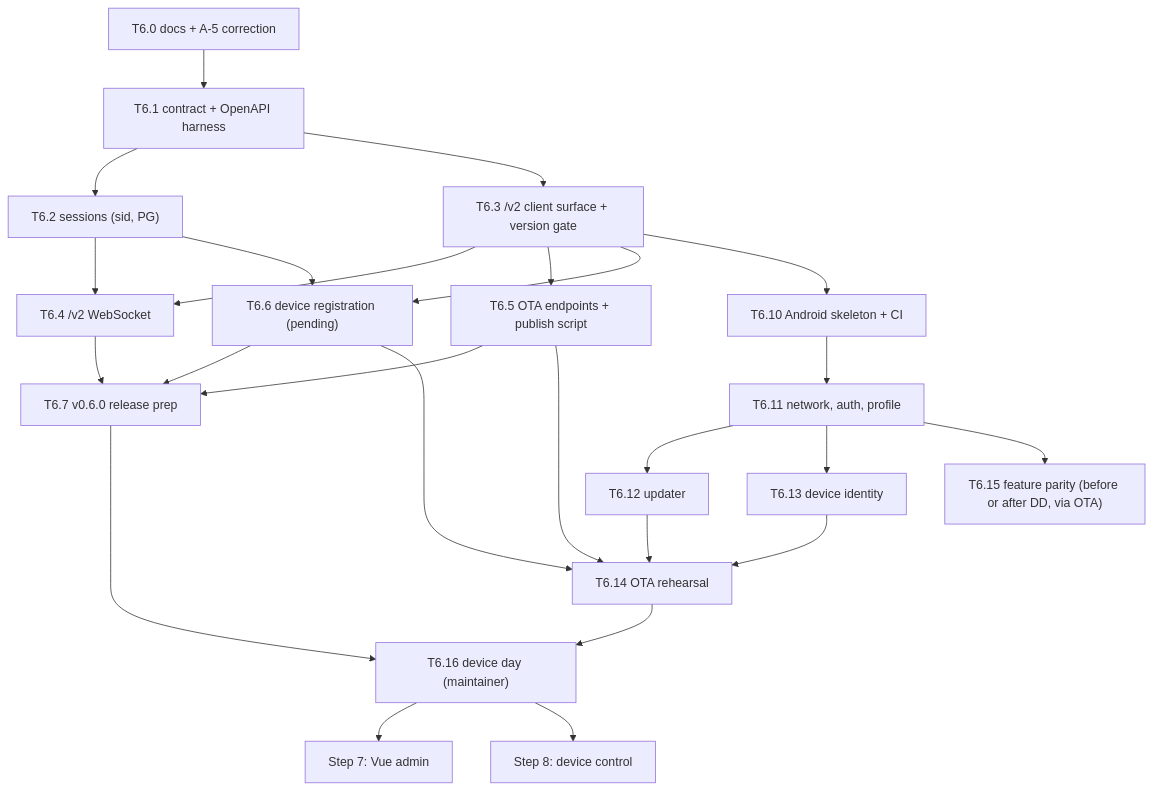
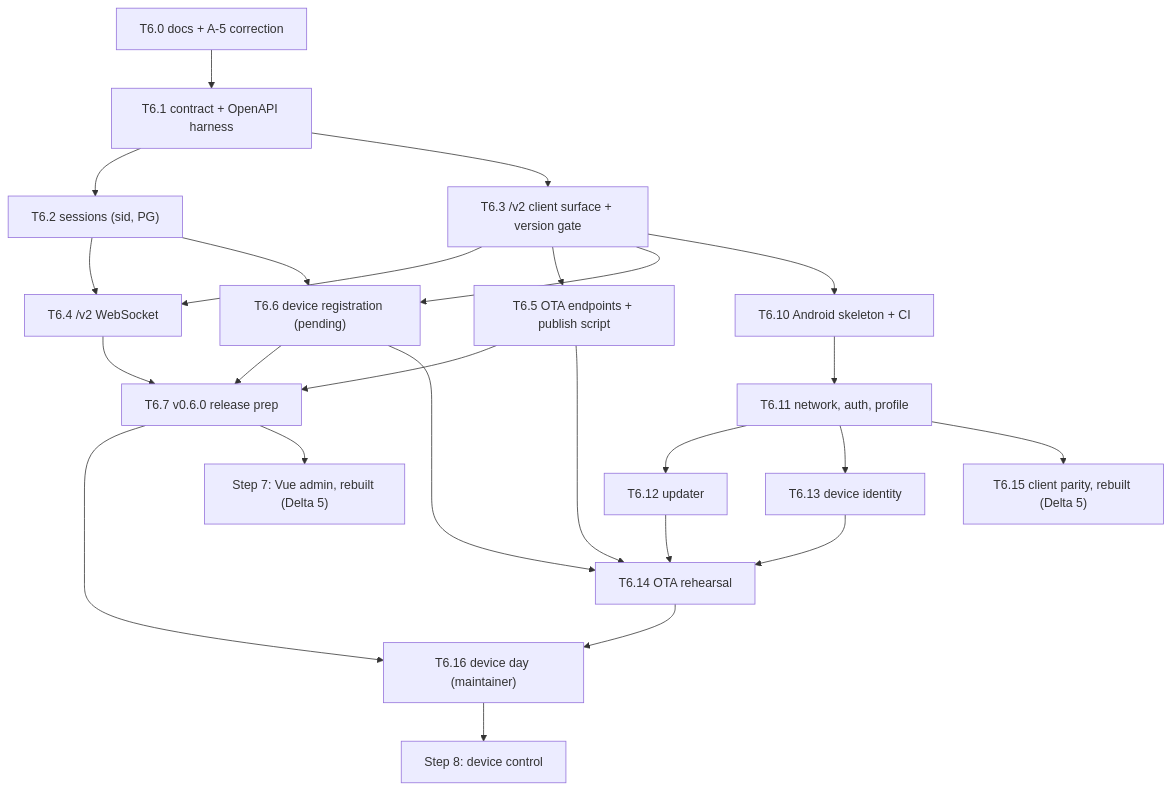
One commit to chsrisi/order-checker changed the second of 2 diagrams in docs/IMPLEMENTATION_PLAN.md. Above: the diagram before and after it, drawn with Mermaid. The commit also changed other lines of this file and 4 other files, not shown here.

Commit message:
docs: V2_DELTA Delta 5 (rebuild parity for better UX, device day postponed, one-device pilot); device-day checklist; plan and CLAUDE.md focus note

````diff
--- a/docs/IMPLEMENTATION_PLAN.md
+++ b/docs/IMPLEMENTATION_PLAN.md
@@ -563,27 +563,27 @@
 ```mermaid
 flowchart TD
   T60["T6.0 docs + A-5 correction"] --> T61["T6.1 contract + OpenAPI harness"]
   T61 --> T62["T6.2 sessions (sid, PG)"]
   T61 --> T63["T6.3 /v2 client surface + version gate"]
   T62 --> T64["T6.4 /v2 WebSocket"]
   T63 --> T64
   T63 --> T65["T6.5 OTA endpoints + publish script"]
   T62 --> T66["T6.6 device registration (pending)"]
   T63 --> T66
   T64 --> T67["T6.7 v0.6.0 release prep"]
   T65 --> T67
   T66 --> T67
   T63 --> T610["T6.10 Android skeleton + CI"]
   T610 --> T611["T6.11 network, auth, profile"]
   T611 --> T612["T6.12 updater"]
   T611 --> T613["T6.13 device identity"]
   T612 --> T614["T6.14 OTA rehearsal"]
   T613 --> T614
   T65 --> T614
   T66 --> T614
   T614 --> DD["T6.16 device day (maintainer)"]
   T67 --> DD
-  T611 --> T615["T6.15 feature parity (before or after DD, via OTA)"]
-  DD --> S7["Step 7: Vue admin"]
+  T611 --> T615["T6.15 client parity, rebuilt (Delta 5)"]
+  T67 --> S7["Step 7: Vue admin, rebuilt (Delta 5)"]
   DD --> S8["Step 8: device control"]
 ```
````
